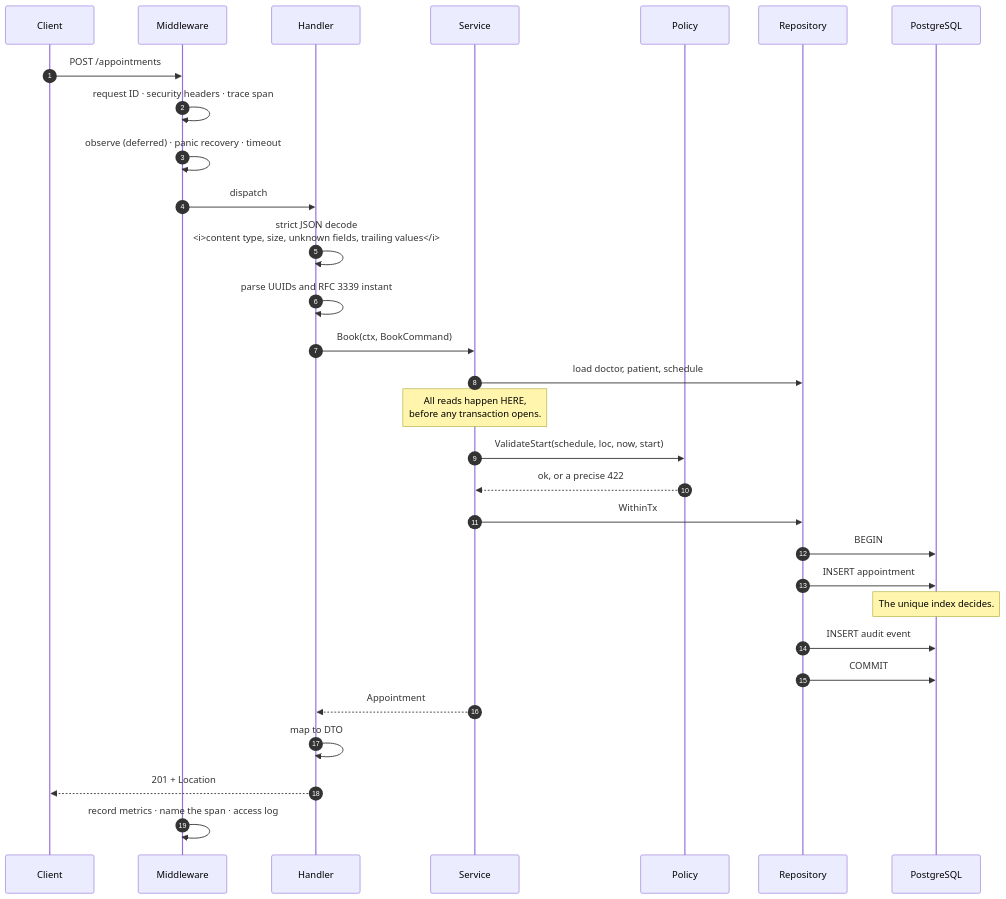
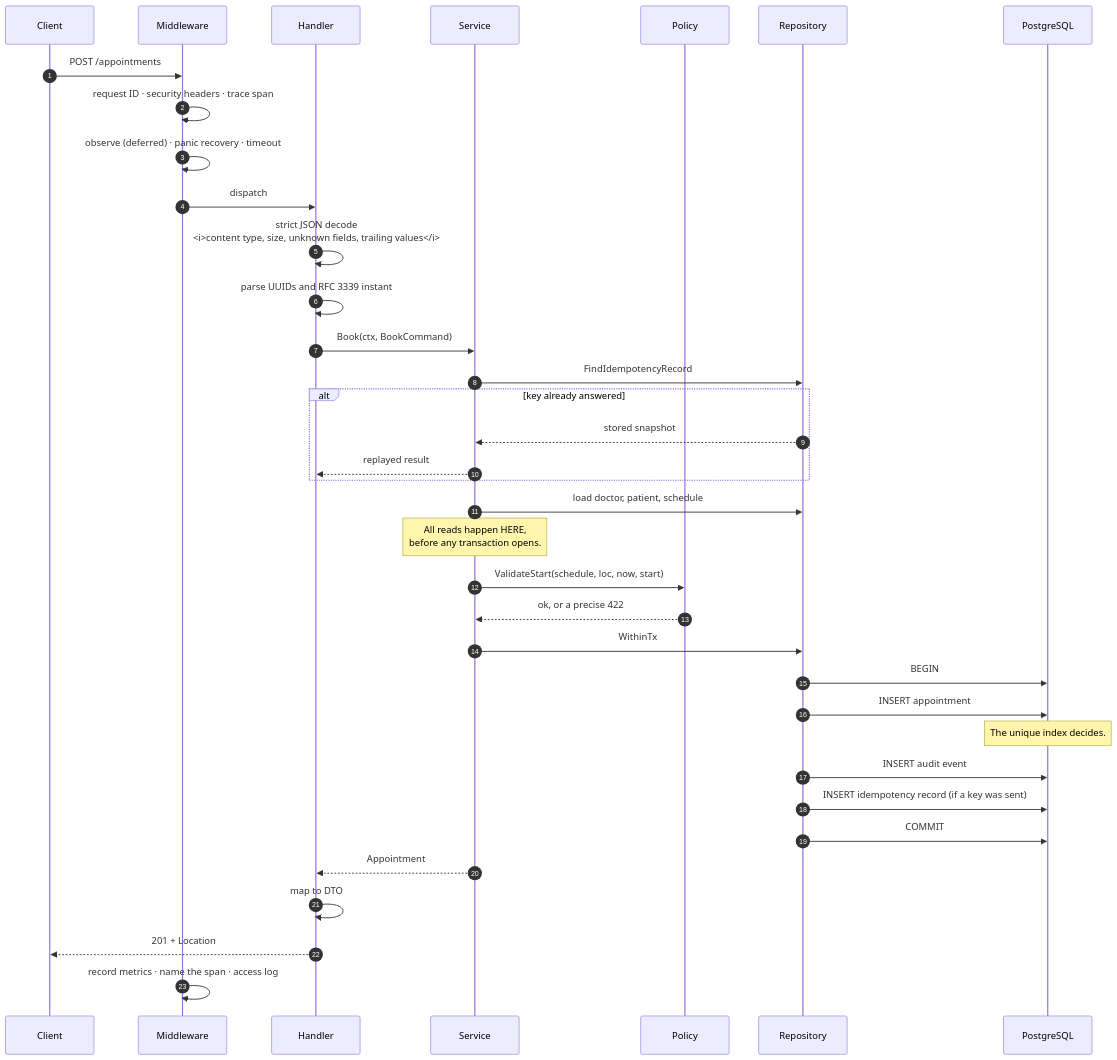
One commit to JerryLegend254/ratiba changed the second of 4 diagrams in docs/architecture.md. Above: the diagram before and after it, drawn with Mermaid. The commit also changed other lines of this file and 22 other files, not shown here.

````diff
--- a/docs/architecture.md
+++ b/docs/architecture.md
@@ -118,37 +117,44 @@
 ```mermaid
 sequenceDiagram
     autonumber
     participant C as Client
     participant MW as Middleware
     participant H as Handler
     participant S as Service
     participant P as Policy
     participant R as Repository
     participant PG as PostgreSQL
 
     C->>MW: POST /appointments
     MW->>MW: request ID · security headers · trace span
     MW->>MW: observe (deferred) · panic recovery · timeout
     MW->>H: dispatch
 
     H->>H: strict JSON decode<br/><i>content type, size, unknown fields, trailing values</i>
     H->>H: parse UUIDs and RFC 3339 instant
     H->>S: Book(ctx, BookCommand)
 
+    S->>R: FindIdempotencyRecord
+    alt key already answered
+        R-->>S: stored snapshot
+        S-->>H: replayed result
+    end
+
     S->>R: load doctor, patient, schedule
     Note over S: All reads happen HERE,<br/>before any transaction opens.
     S->>P: ValidateStart(schedule, loc, now, start)
     P-->>S: ok, or a precise 422
 
     S->>R: WithinTx
     R->>PG: BEGIN
     R->>PG: INSERT appointment
     Note over PG: The unique index decides.
     R->>PG: INSERT audit event
+    R->>PG: INSERT idempotency record (if a key was sent)
     R->>PG: COMMIT
 
     S-->>H: Appointment
     H->>H: map to DTO
     H-->>C: 201 + Location
     MW->>MW: record metrics · name the span · access log
 ```
````
